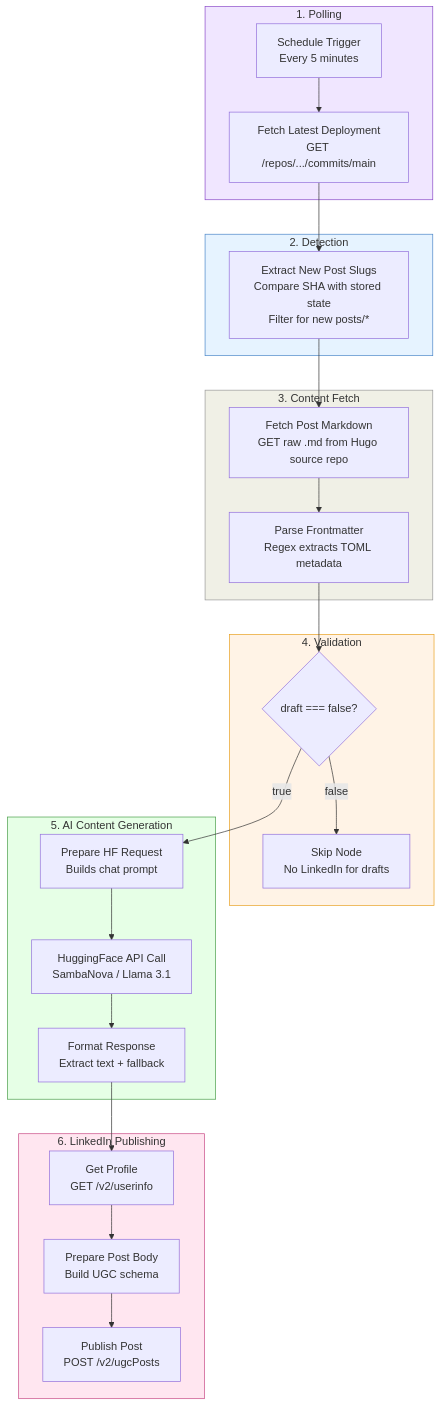
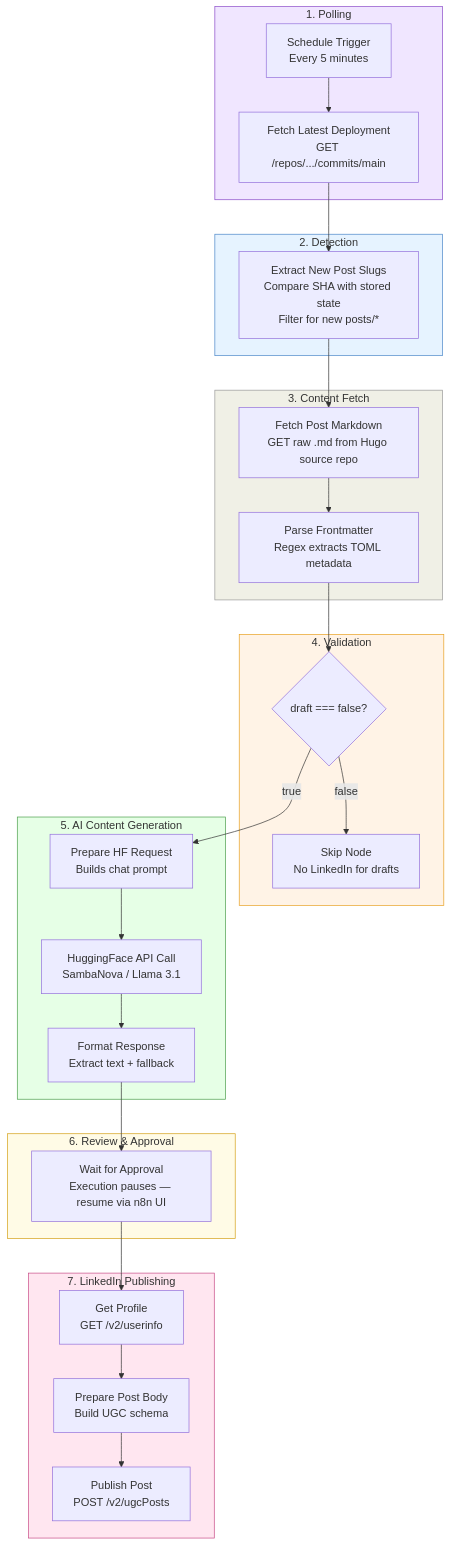
The fourth of 7 diagrams in docs/architecture.md (thatsmeadarsh/n8n-powered-auto-web-publish), drawn with Mermaid before and after one commit. The commit also changed other lines of this file and 2 other files, not shown here.

First line of the commit message:
Update all architectural docs to reflect current system state

````diff
--- a/docs/architecture.md
+++ b/docs/architecture.md
@@ -212,46 +210,52 @@
 ```mermaid
 graph TD
     subgraph Polling["1. Polling"]
         ST[Schedule Trigger<br/>Every 5 minutes]
         FD[Fetch Latest Deployment<br/>GET /repos/.../commits/main]
     end
 
     subgraph Detection["2. Detection"]
         ES[Extract New Post Slugs<br/>Compare SHA with stored state<br/>Filter for new posts/*]
     end
 
     subgraph Fetch["3. Content Fetch"]
         FM[Fetch Post Markdown<br/>GET raw .md from Hugo source repo]
         PF[Parse Frontmatter<br/>Regex extracts TOML metadata]
     end
 
     subgraph Validation["4. Validation"]
         DC{draft === false?}
         SK[Skip Node<br/>No LinkedIn for drafts]
     end
 
     subgraph AIGeneration["5. AI Content Generation"]
         PR[Prepare HF Request<br/>Builds chat prompt]
         HF[HuggingFace API Call<br/>SambaNova / Llama 3.1]
         FL[Format Response<br/>Extract text + fallback]
     end
 
-    subgraph LinkedInPublish["6. LinkedIn Publishing"]
+    subgraph Review["6. Review & Approval"]
+        WA[Wait for Approval<br/>Execution pauses — resume via n8n UI]
+    end
+
+    subgraph LinkedInPublish["7. LinkedIn Publishing"]
         GL[Get Profile<br/>GET /v2/userinfo]
         PL[Prepare Post Body<br/>Build UGC schema]
         LI[Publish Post<br/>POST /v2/ugcPosts]
     end
 
     ST --> FD --> ES --> FM --> PF --> DC
     DC -->|true| PR
     DC -->|false| SK
     PR --> HF --> FL
-    FL --> GL --> PL --> LI
+    FL --> WA --> GL --> PL --> LI
+
+    style Review fill:#fffbe6,stroke:#d4a017
 
     style Polling fill:#f0e6ff,stroke:#8a4ac8
     style Detection fill:#e6f3ff,stroke:#4a86c8
     style Fetch fill:#f0f0e6,stroke:#999
     style Validation fill:#fff3e6,stroke:#e8a020
     style AIGeneration fill:#e6ffe6,stroke:#4a9e4a
     style LinkedInPublish fill:#ffe6f0,stroke:#c84a86
 ```
````
